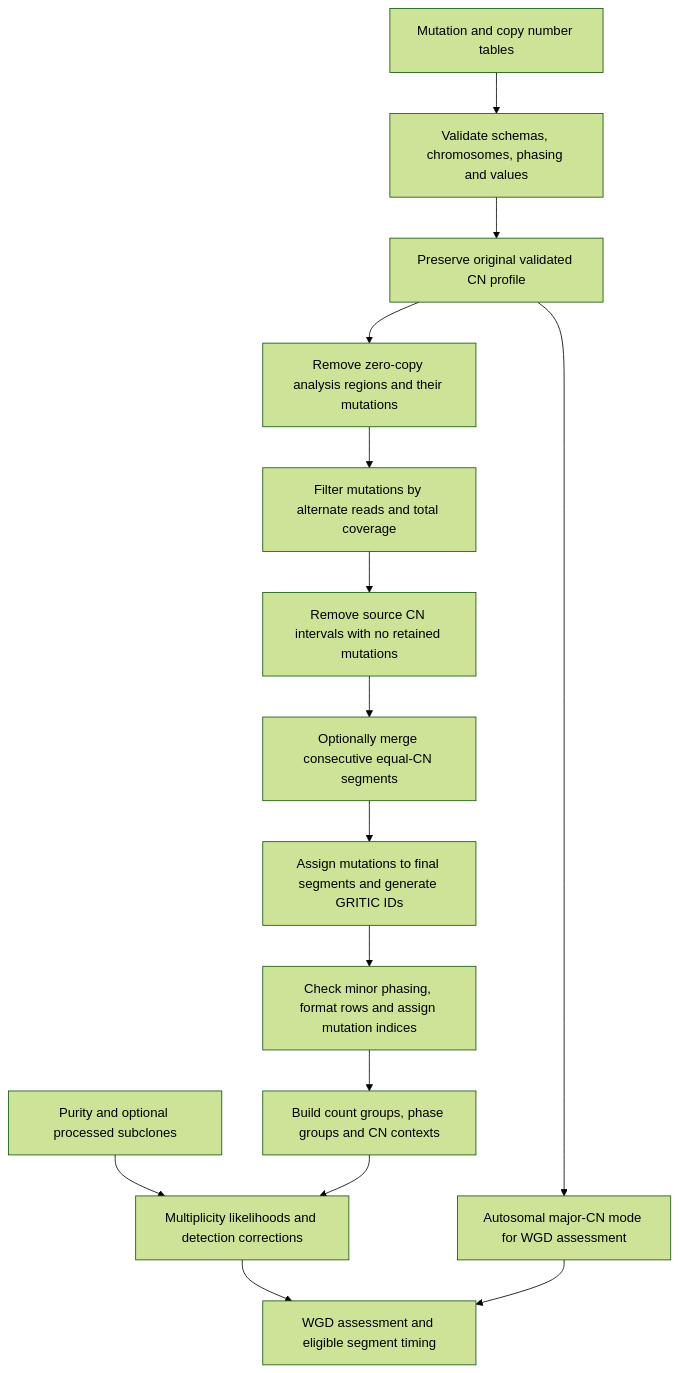
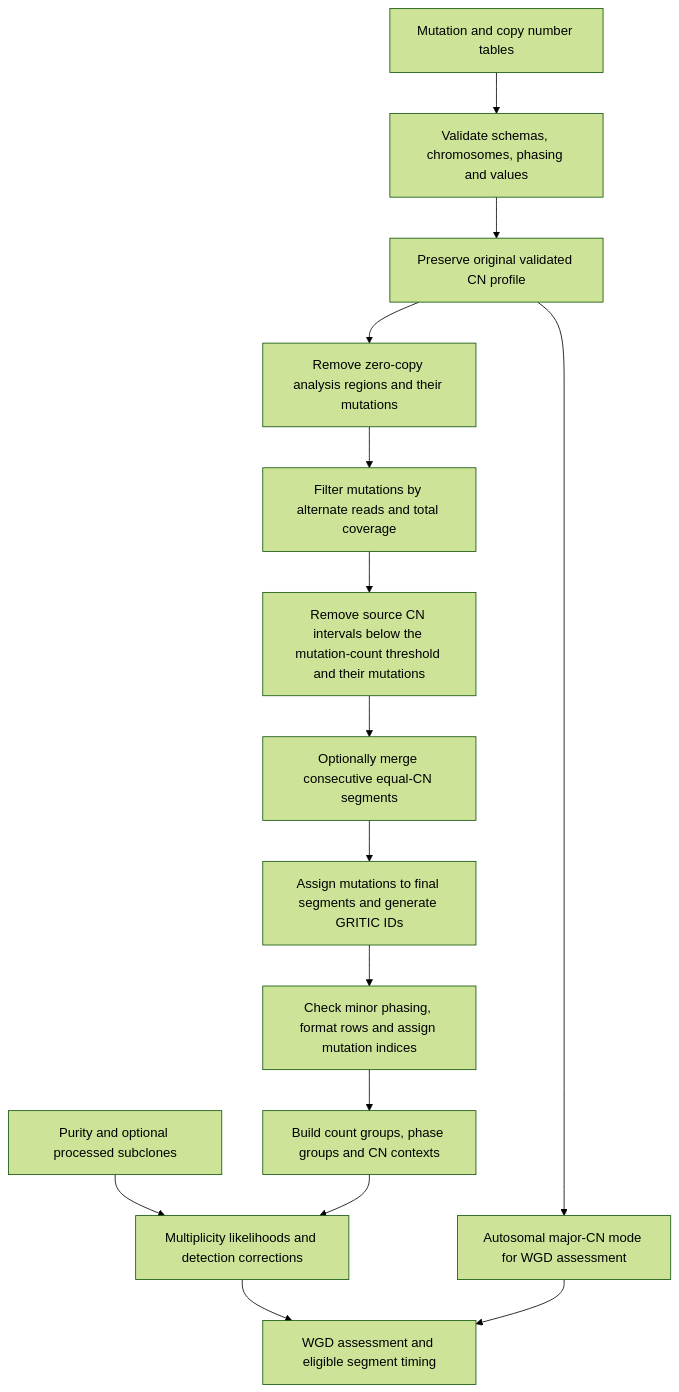
Before and after one commit to VanLoo-lab/gritic: the first of 2 diagrams in README.md, drawn with Mermaid (forest theme). The commit also changed other lines of this file and 11 other files, not shown here.

Commit message:
Changed retained segment mutation threshold from zero to variable

````diff
--- a/README.md
+++ b/README.md
@@ -190,17 +191,17 @@
 ```mermaid
 flowchart TD
     A[Mutation and copy number tables] --> B[Validate schemas, chromosomes, phasing and values]
     B --> C[Preserve original validated CN profile]
     C --> W[Autosomal major-CN mode for WGD assessment]
     C --> D[Remove zero-copy analysis regions and their mutations]
     D --> E[Filter mutations by alternate reads and total coverage]
-    E --> F[Remove source CN intervals with no retained mutations]
+    E --> F[Remove source CN intervals below the mutation-count threshold and their mutations]
     F --> G[Optionally merge consecutive equal-CN segments]
     G --> H[Assign mutations to final segments and generate GRITIC IDs]
     H --> I[Check minor phasing, format rows and assign mutation indices]
     I --> J[Build count groups, phase groups and CN contexts]
     P[Purity and optional processed subclones] --> K
     J --> K[Multiplicity likelihoods and detection corrections]
     K --> L[WGD assessment and eligible segment timing]
     W --> L
 ```
````
